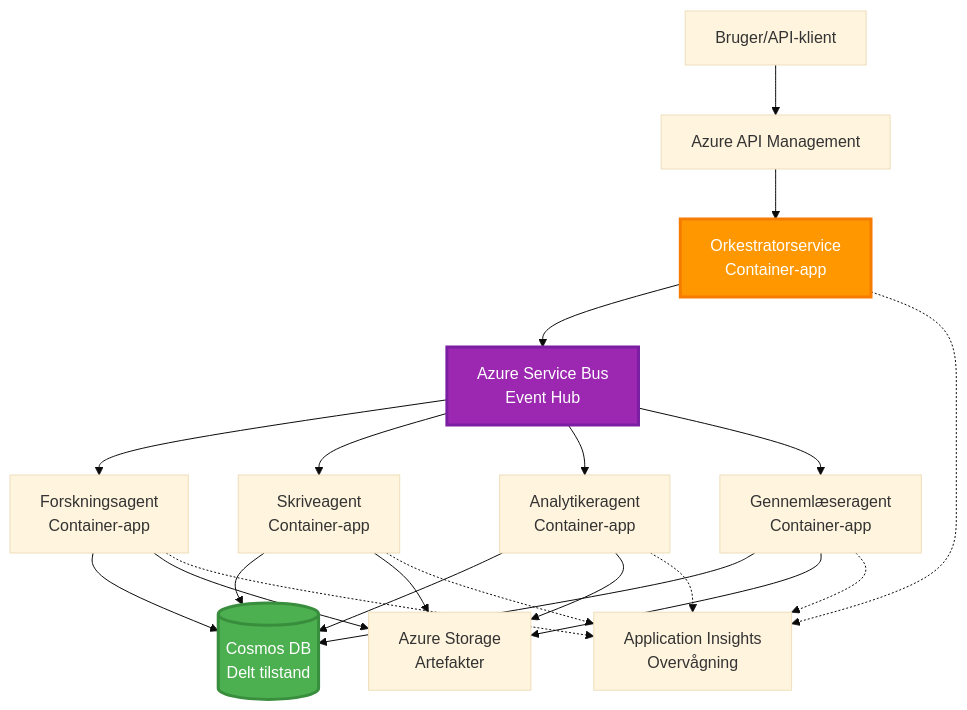
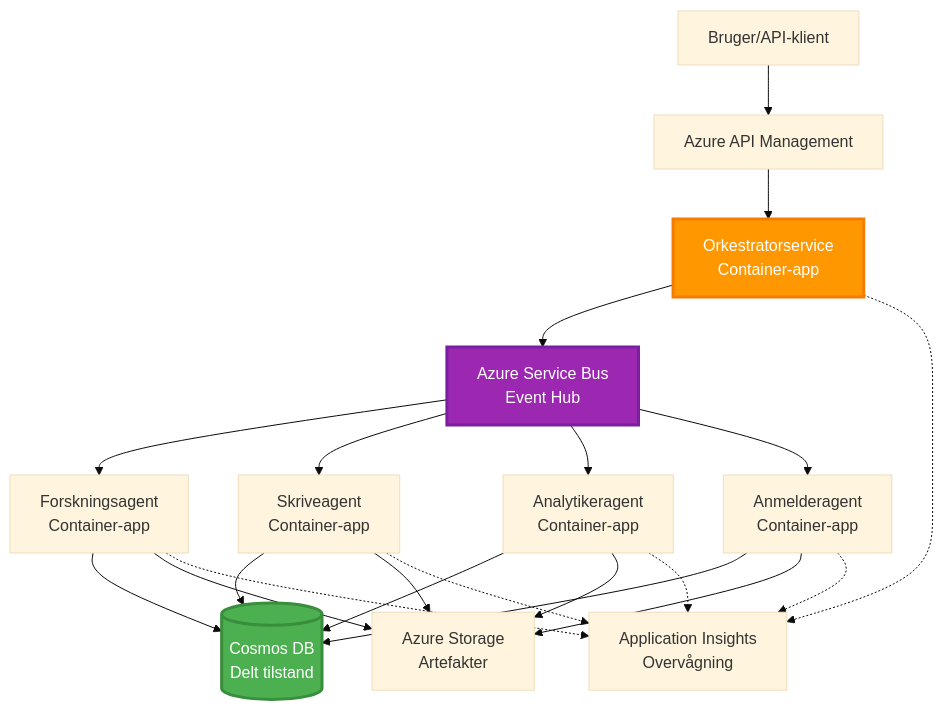
Before and after one commit to microsoft/AZD-for-beginners: the fifth of 5 diagrams in translations/da/docs/chapter-06-pre-deployment/coordination-patterns.md, drawn with Mermaid (base theme). The commit also changed other lines of this file and 101 other files, not shown here.

````diff
--- a/translations/da/docs/chapter-06-pre-deployment/coordination-patterns.md
+++ b/translations/da/docs/chapter-06-pre-deployment/coordination-patterns.md
@@ -271,45 +265,45 @@
 ```mermaid
 graph TB
     User[Bruger/API-klient]
     APIM[Azure API Management]
     Orchestrator[Orkestratorservice<br/>Container-app]
     ServiceBus[Azure Service Bus<br/>Event Hub]
     
     Agent1[Forskningsagent<br/>Container-app]
     Agent2[Skriveagent<br/>Container-app]
     Agent3[Analytikeragent<br/>Container-app]
-    Agent4[Gennemlæseragent<br/>Container-app]
+    Agent4[Anmelderagent<br/>Container-app]
     
     CosmosDB[(Cosmos DB<br/>Delt tilstand)]
     Storage[Azure Storage<br/>Artefakter]
     AppInsights[Application Insights<br/>Overvågning]
     
     User --> APIM
     APIM --> Orchestrator
     
     Orchestrator --> ServiceBus
     ServiceBus --> Agent1
     ServiceBus --> Agent2
     ServiceBus --> Agent3
     ServiceBus --> Agent4
     
     Agent1 --> CosmosDB
     Agent2 --> CosmosDB
     Agent3 --> CosmosDB
     Agent4 --> CosmosDB
     
     Agent1 --> Storage
     Agent2 --> Storage
     Agent3 --> Storage
     Agent4 --> Storage
     
     Orchestrator -.-> AppInsights
     Agent1 -.-> AppInsights
     Agent2 -.-> AppInsights
     Agent3 -.-> AppInsights
     Agent4 -.-> AppInsights
     
     style Orchestrator fill:#FF9800,stroke:#F57C00,stroke-width:3px,color:#fff
     style ServiceBus fill:#9C27B0,stroke:#7B1FA2,stroke-width:3px,color:#fff
     style CosmosDB fill:#4CAF50,stroke:#388E3C,stroke-width:3px,color:#fff
 ```
````
